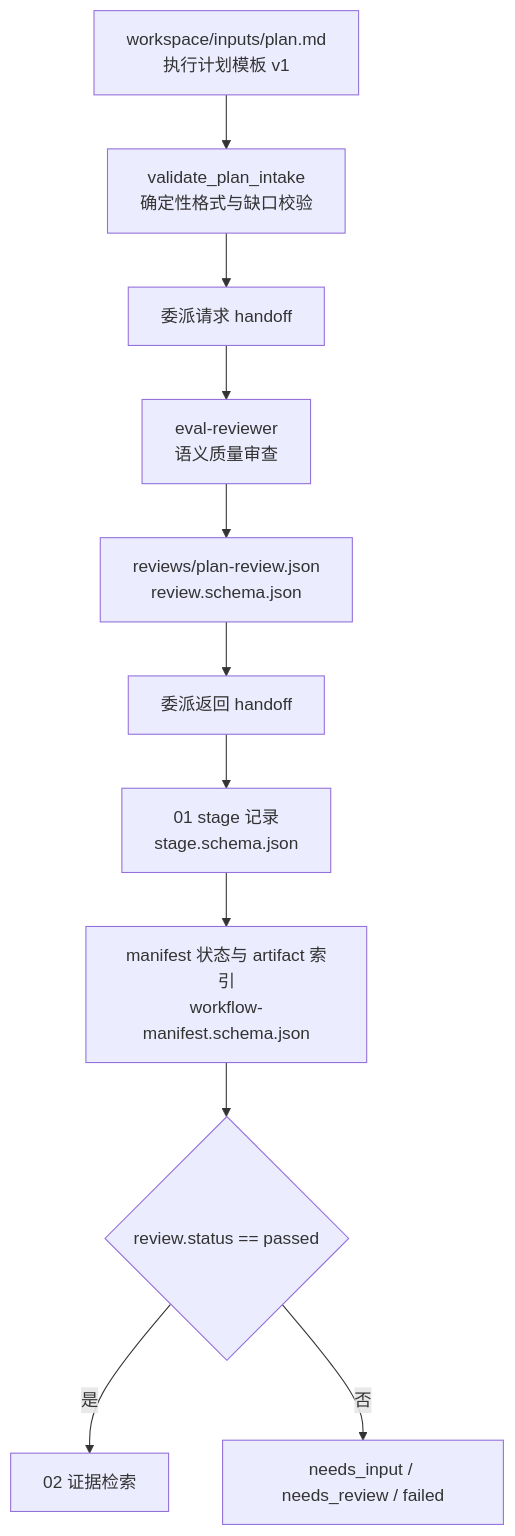
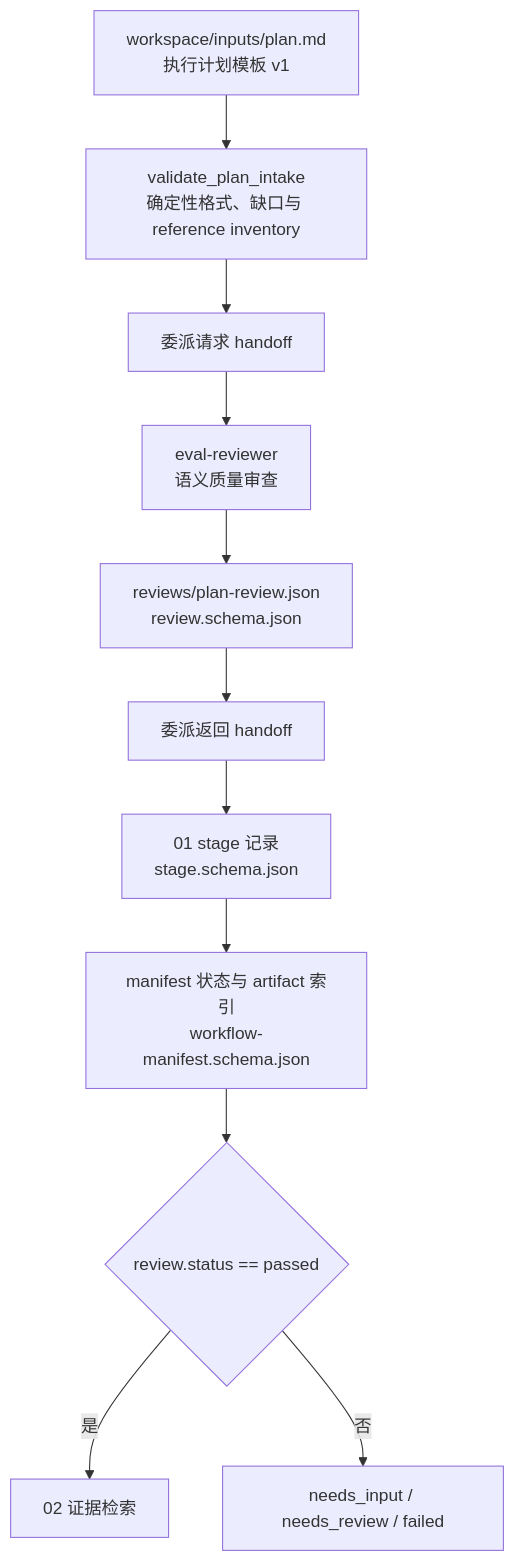
One commit to mrzed891194322/Harness-driven-LCA-dev-agents changed the diagram in harness/specs/01-plan-quality-gate/schema_mapping.md. Above: the diagram before and after it, drawn with Mermaid. The commit also changed other lines of this file and 21 other files, not shown here.

````diff
--- a/harness/specs/01-plan-quality-gate/schema_mapping.md
+++ b/harness/specs/01-plan-quality-gate/schema_mapping.md
@@ -9,18 +9,18 @@
 ```mermaid
 flowchart TD
     plan["workspace/inputs/plan.md<br/>执行计划模板 v1"]
-    validator["validate_plan_intake<br/>确定性格式与缺口校验"]
+    validator["validate_plan_intake<br/>确定性格式、缺口与 reference inventory"]
     request["委派请求 handoff"]
     reviewer["eval-reviewer<br/>语义质量审查"]
     review["reviews/plan-review.json<br/>review.schema.json"]
     returned["委派返回 handoff"]
     stage["01 stage 记录<br/>stage.schema.json"]
     manifest["manifest 状态与 artifact 索引<br/>workflow-manifest.schema.json"]
     pass{"review.status == passed"}
     next["02 证据检索"]
     stop["needs_input / needs_review / failed"]
 
     plan --> validator --> request --> reviewer --> review --> returned --> stage --> manifest --> pass
     pass -->|是| next
     pass -->|否| stop
 ```
````
